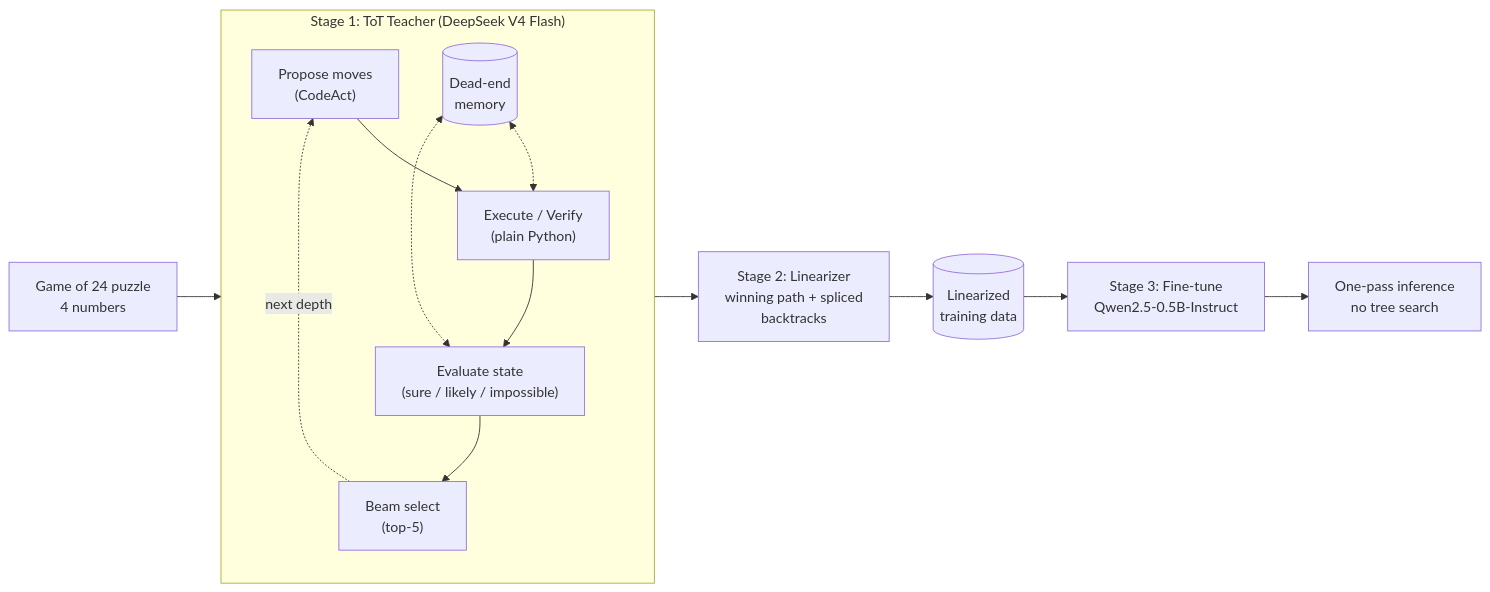
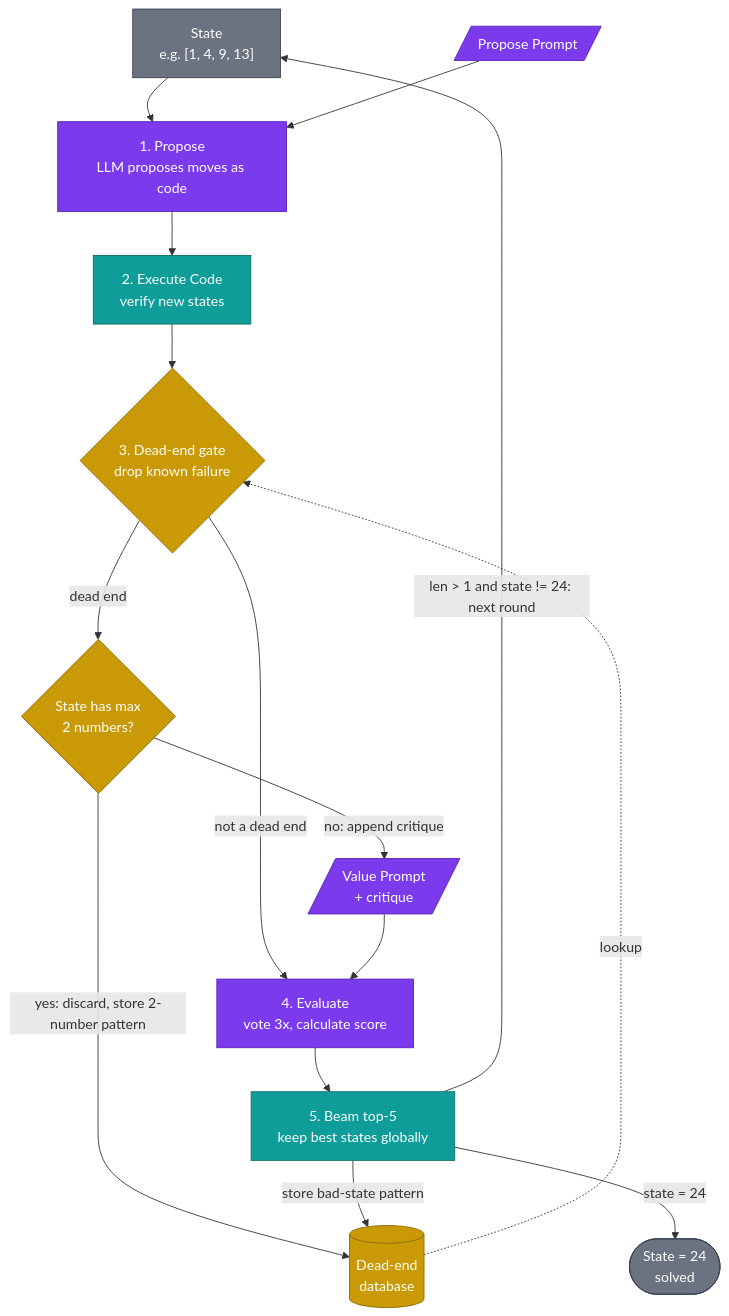
The diagram in README.md (Tasnuba-Mehjabin/ToT_Teacher_Student), drawn with Mermaid before and after one commit. The commit also changed other lines of this file, not shown here.

Commit message:
Revise README with updated flowchart and methods
Updated flowchart and method descriptions in README.md to clarify the multi-step process and dead-end memory variants.

````diff
--- a/README.md
+++ b/README.md
@@ -35,19 +35,32 @@
 ```mermaid
-flowchart LR
-    A["Game of 24 puzzle<br/>4 numbers"] --> B
+flowchart TB
+    S["State<br/>e.g. [1, 4, 9, 13]"]:::state
+    PP[/"Propose Prompt"/]:::llm
+    P["1. Propose<br/>LLM proposes moves as code"]:::llm
+    E["2. Execute Code<br/>verify new states"]:::code
+    G{"3. Dead-end gate<br/>drop known failure"}:::mem
+    Q{"State has max<br/>2 numbers?"}:::mem
+    VP[/"Value Prompt<br/>+ critique"/]:::llm
+    V["4. Evaluate<br/>vote 3x, calculate score"]:::llm
+    B["5. Beam top-5<br/>keep best states globally"]:::code
+    D[("Dead-end<br/>database")]:::mem
+    DONE(["State = 24<br/>solved"]):::state
 
-    subgraph B["Stage 1: ToT Teacher (DeepSeek V4 Flash)"]
-        direction TB
-        B1["Propose moves<br/>(CodeAct)"] --> B2["Execute / Verify<br/>(plain Python)"]
-        B2 --> B3["Evaluate state<br/>(sure / likely / impossible)"]
-        B3 --> B4["Beam select<br/>(top-5)"]
-        B4 -.->|"next depth"| B1
-        M[("Dead-end<br/>memory")] <-.-> B2
-        M <-.-> B3
-    end
+    S --> P
+    PP --> P
+    P --> E --> G
+    G -- "not a dead end" --> V
+    G -- "dead end" --> Q
+    Q -- "yes: discard, store 2-number pattern" --> D
+    Q -- "no: append critique" --> VP --> V
+    V --> B
+    B -- "store bad-state pattern" --> D
+    D -. "lookup" .-> G
+    B -- "len > 1 and state != 24: next round" --> S
+    B -- "state = 24" --> DONE
 
-    B --> C["Stage 2: Linearizer<br/>winning path + spliced<br/>backtracks"]
-    C --> D[("Linearized<br/>training data")]
-    D --> E["Stage 3: Fine-tune<br/>Qwen2.5-0.5B-Instruct"]
-    E --> F["One-pass inference<br/>no tree search"]
+    classDef llm fill:#7c3aed,stroke:#5b21b6,color:#fff
+    classDef code fill:#0f9d9a,stroke:#0b6e6c,color:#fff
+    classDef mem fill:#c99a06,stroke:#8a6a04,color:#fff
+    classDef state fill:#6b7280,stroke:#374151,color:#fff
 ```
````
